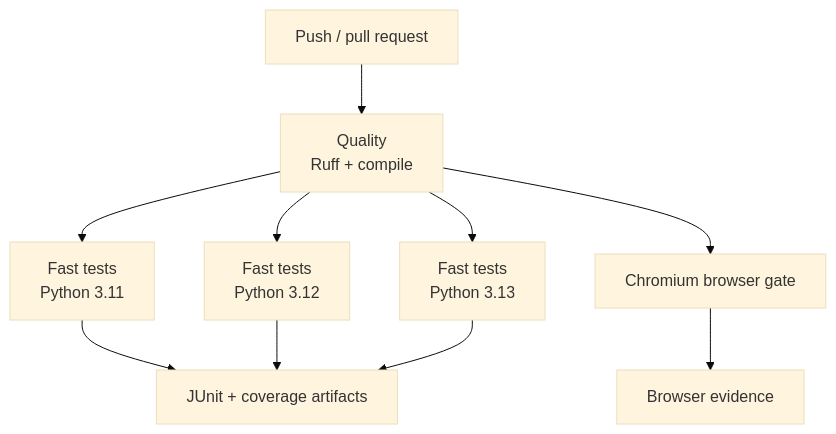
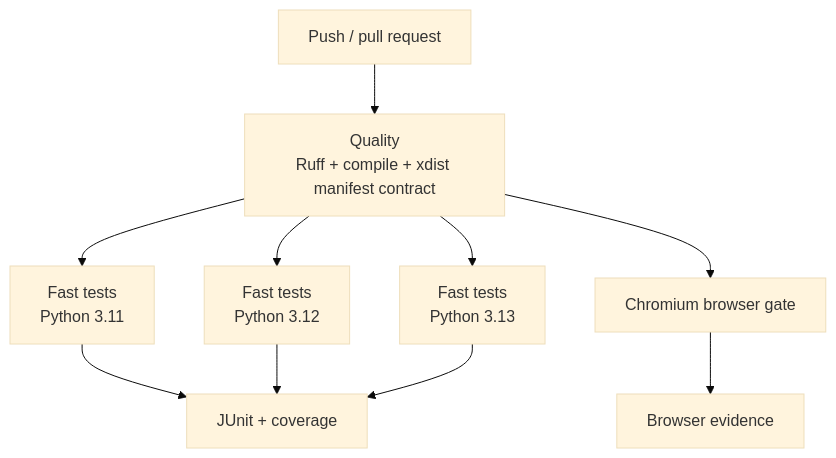
One commit to portyu9/qa-automation-python-pytest changed the second of 2 diagrams in README.md. Above: the diagram before and after it, drawn with Mermaid (base theme). The commit also changed other lines of this file, not shown here.

Commit message:
Align pytest README with privacy and xdist contracts

````diff
--- a/README.md
+++ b/README.md
@@ -208,16 +212,16 @@
 ```mermaid
 flowchart TD
     PR[Push / pull request] --> Q[Quality
-Ruff + compile]
+Ruff + compile + xdist manifest contract]
     Q --> P311[Fast tests
 Python 3.11]
     Q --> P312[Fast tests
 Python 3.12]
     Q --> P313[Fast tests
 Python 3.13]
     Q --> B[Chromium browser gate]
-    P311 --> A[JUnit + coverage artifacts]
+    P311 --> A[JUnit + coverage]
     P312 --> A
     P313 --> A
     B --> E[Browser evidence]
 ```
````
